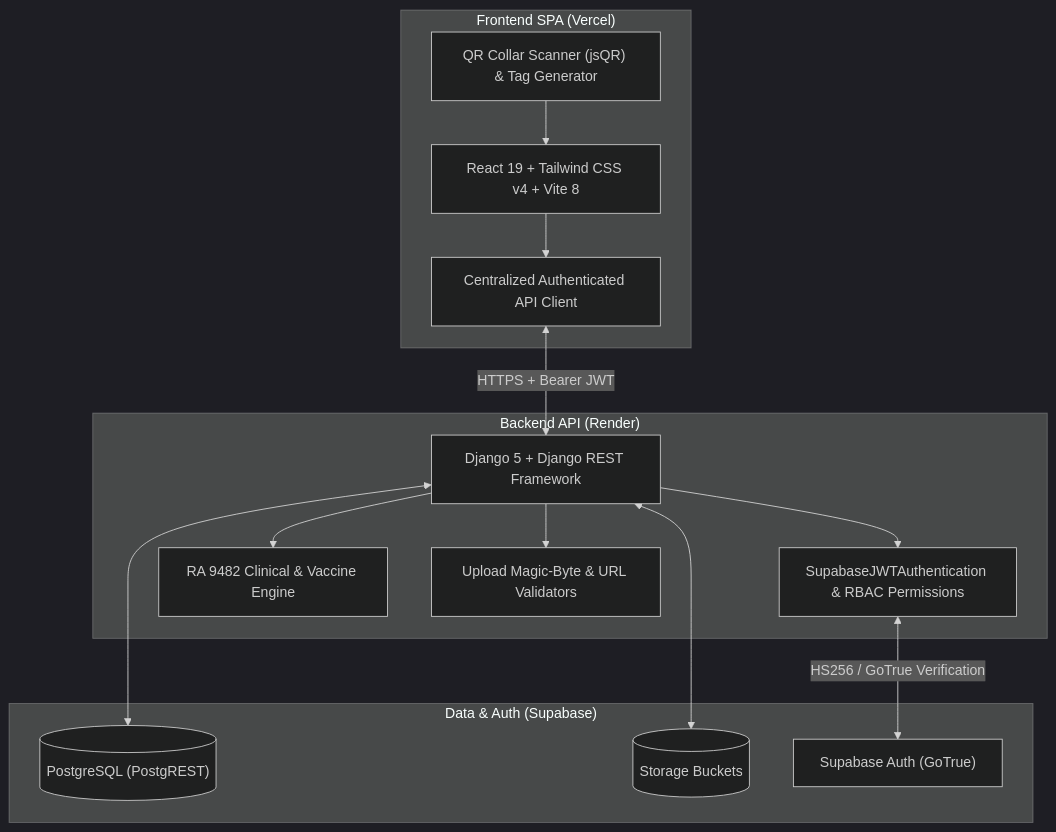
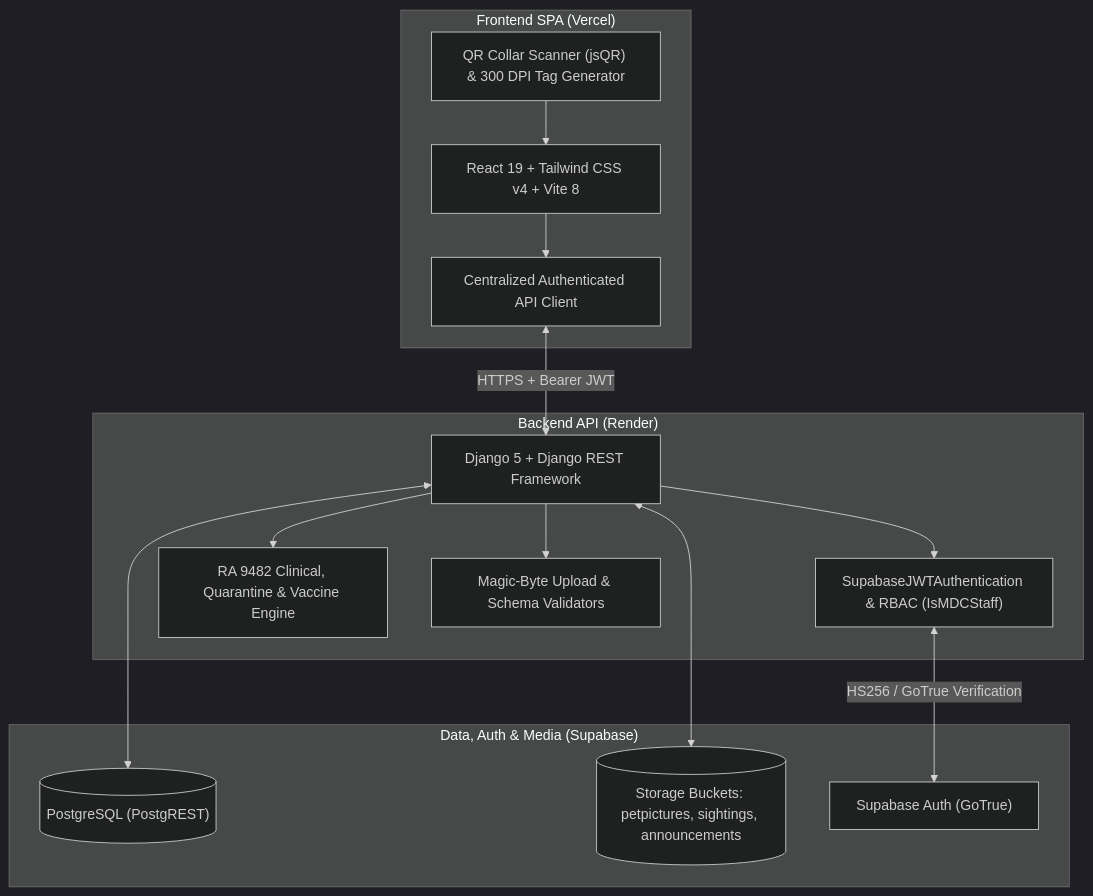
Before and after one commit to yuclark/taskforcebruno: the diagram in README.md, drawn with Mermaid (dark theme). The commit also changed other lines of this file, not shown here.

Commit message:
docs(readme): update project overview, architecture, schema, env reference, and docs links

````diff
--- a/README.md
+++ b/README.md
@@ -28,31 +65,31 @@
 ```mermaid
 flowchart TB
     subgraph Client["Frontend SPA (Vercel)"]
         UI["React 19 + Tailwind CSS v4 + Vite 8"]
-        QR["QR Collar Scanner (jsQR) & Tag Generator"]
+        QR["QR Collar Scanner (jsQR) & 300 DPI Tag Generator"]
         API["Centralized Authenticated API Client"]
     end
 
     subgraph Backend["Backend API (Render)"]
         DRF["Django 5 + Django REST Framework"]
-        Auth["SupabaseJWTAuthentication & RBAC Permissions"]
-        Clinical["RA 9482 Clinical & Vaccine Engine"]
-        Validators["Upload Magic-Byte & URL Validators"]
+        Auth["SupabaseJWTAuthentication & RBAC (IsMDCStaff)"]
+        Clinical["RA 9482 Clinical, Quarantine & Vaccine Engine"]
+        Validators["Magic-Byte Upload & Schema Validators"]
     end
 
-    subgraph Cloud["Data & Auth (Supabase)"]
+    subgraph Cloud["Data, Auth & Media (Supabase)"]
         PG[("PostgreSQL (PostgREST)")]
-        Storage[("Storage Buckets")]
+        Storage[("Storage Buckets: petpictures, sightings, announcements")]
         GoTrue["Supabase Auth (GoTrue)"]
     end
 
     UI --> API
     QR --> UI
     API <--> |HTTPS + Bearer JWT| DRF
     DRF --> Auth
     DRF --> Clinical
     DRF --> Validators
     Auth <--> |HS256 / GoTrue Verification| GoTrue
     DRF <--> PG
     DRF <--> Storage
 ```
````
